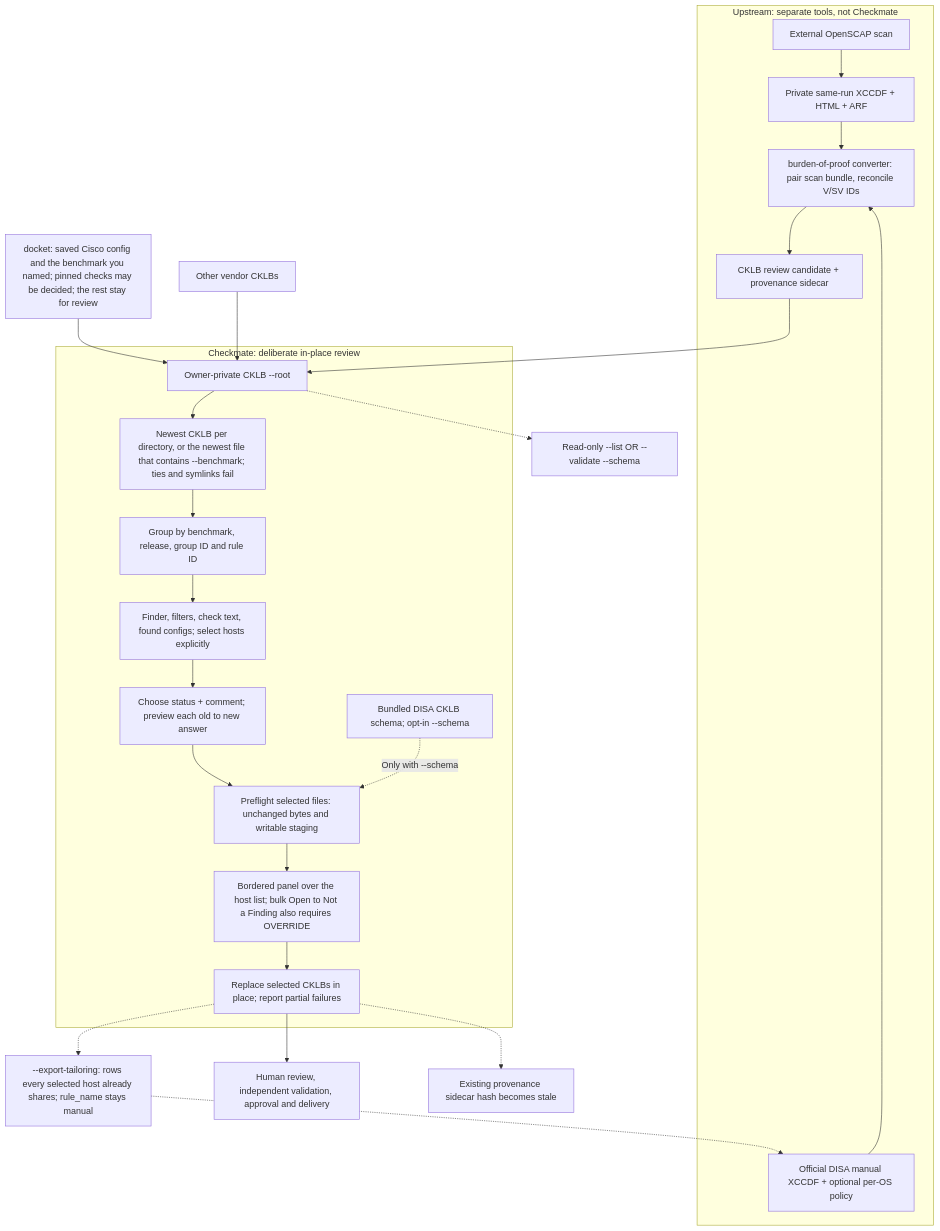
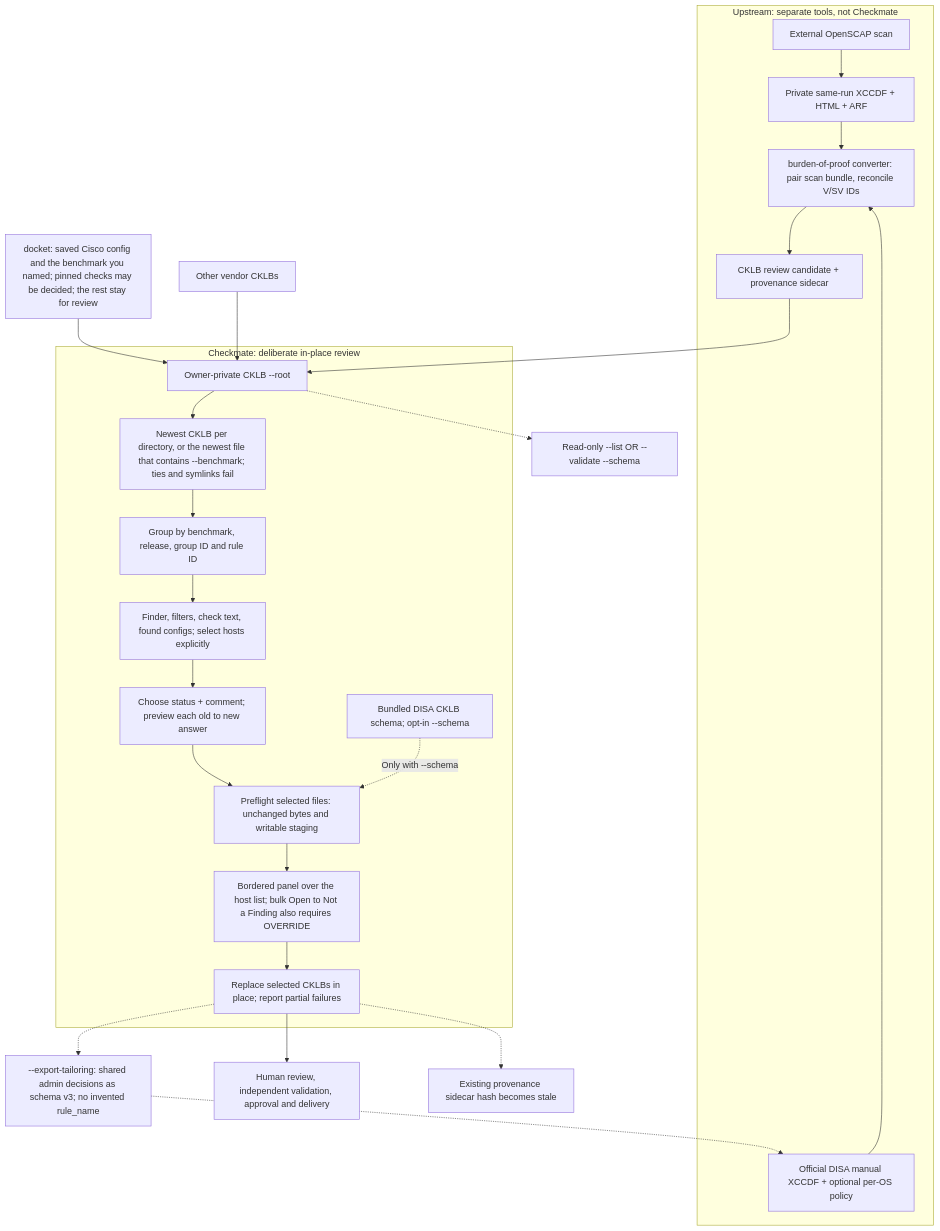
The first of 2 diagrams in cmd/checkmate/README.md (zcook44/burden-of-proof), drawn with Mermaid before and after one commit. The commit also changed other lines of this file and 91 other files, not shown here.

First line of the commit message:
Share one tailoring schema between docket and checkmate.

````diff
--- a/cmd/checkmate/README.md
+++ b/cmd/checkmate/README.md
@@ -9,27 +9,27 @@
 ```mermaid
 flowchart TD
     subgraph upstream["Upstream: separate tools, not Checkmate"]
         scan["External OpenSCAP scan"] --> evidence["Private same-run XCCDF + HTML + ARF"]
         evidence --> converter["burden-of-proof converter: pair scan bundle, reconcile V/SV IDs"]
         benchmark["Official DISA manual XCCDF + optional per-OS policy"] --> converter
         converter --> generated["CKLB review candidate + provenance sidecar"]
     end
     generated --> root["Owner-private CKLB --root"]
     cisco["docket: saved Cisco config and the benchmark you named; pinned checks may be decided; the rest stay for review"] --> root
     external["Other vendor CKLBs"] --> root
     root -.-> inventory["Read-only --list OR --validate --schema"]
     subgraph editor["Checkmate: deliberate in-place review"]
         root --> discover["Newest CKLB per directory, or the newest file that contains --benchmark; ties and symlinks fail"]
         discover --> group["Group by benchmark, release, group ID and rule ID"]
         group --> choose["Finder, filters, check text, found configs; select hosts explicitly"]
         choose --> preview["Choose status + comment; preview each old to new answer"]
         preview --> guard["Preflight selected files: unchanged bytes and writable staging"]
         schema["Bundled DISA CKLB schema; opt-in --schema"] -.->|Only with --schema| guard
         guard --> confirm["Bordered panel over the host list; bulk Open to Not a Finding also requires OVERRIDE"]
         confirm --> edit["Replace selected CKLBs in place; report partial failures"]
     end
     edit --> human["Human review, independent validation, approval and delivery"]
     edit -.-> stale["Existing provenance sidecar hash becomes stale"]
-    edit -.-> tailor["--export-tailoring: rows every selected host already shares; rule_name stays manual"]
+    edit -.-> tailor["--export-tailoring: shared admin decisions as schema v3; no invented rule_name"]
     tailor -.-> benchmark
 ```
````
